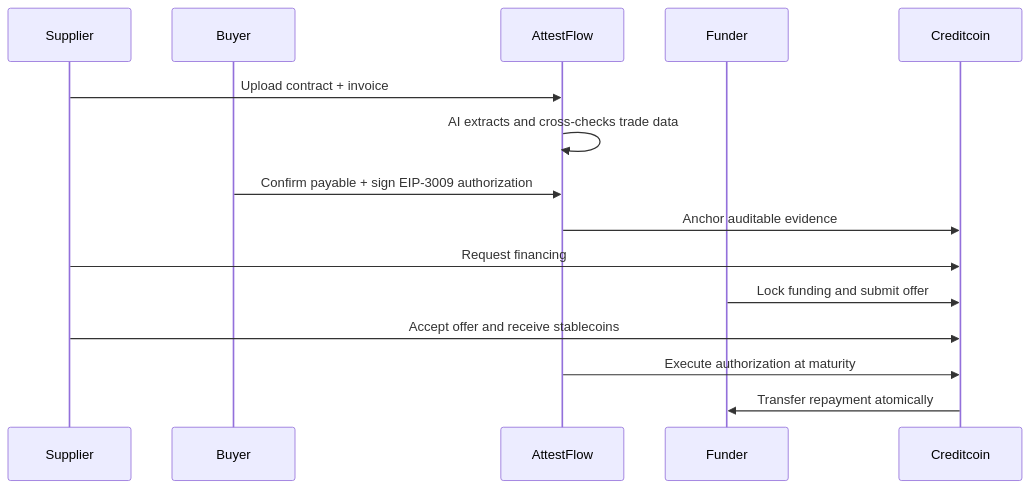
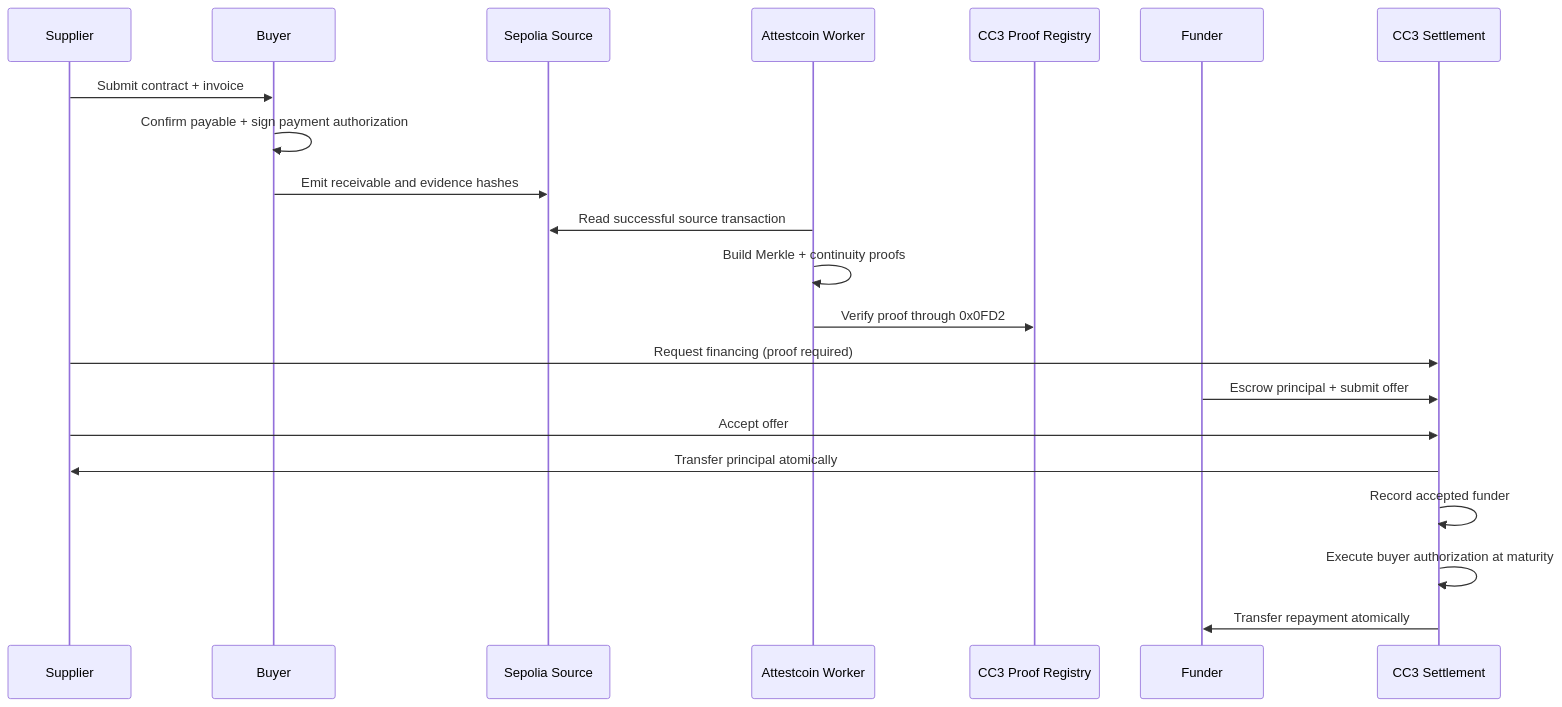
One commit to skymiss18/supplychain changed the first of 3 diagrams in README.md. Above: the diagram before and after it, drawn with Mermaid. The commit also changed other lines of this file, not shown here.

````diff
--- a/README.md
+++ b/README.md
@@ -68,18 +58,24 @@
 ```mermaid
 sequenceDiagram
     participant S as Supplier
     participant B as Buyer
-    participant A as AttestFlow
+    participant ETH as Sepolia Source
+    participant W as Attestcoin Worker
+    participant R as CC3 Proof Registry
     participant F as Funder
-    participant C as Creditcoin
+    participant C as CC3 Settlement
 
-    S->>A: Upload contract + invoice
-    A->>A: AI extracts and cross-checks trade data
-    B->>A: Confirm payable + sign EIP-3009 authorization
-    A->>C: Anchor auditable evidence
-    S->>C: Request financing
-    F->>C: Lock funding and submit offer
-    S->>C: Accept offer and receive stablecoins
-    A->>C: Execute authorization at maturity
+    S->>B: Submit contract + invoice
+    B->>B: Confirm payable + sign payment authorization
+    B->>ETH: Emit receivable and evidence hashes
+    W->>ETH: Read successful source transaction
+    W->>W: Build Merkle + continuity proofs
+    W->>R: Verify proof through 0x0FD2
+    S->>C: Request financing (proof required)
+    F->>C: Escrow principal + submit offer
+    S->>C: Accept offer
+    C->>S: Transfer principal atomically
+    C->>C: Record accepted funder
+    C->>C: Execute buyer authorization at maturity
     C->>F: Transfer repayment atomically
 ```
````
